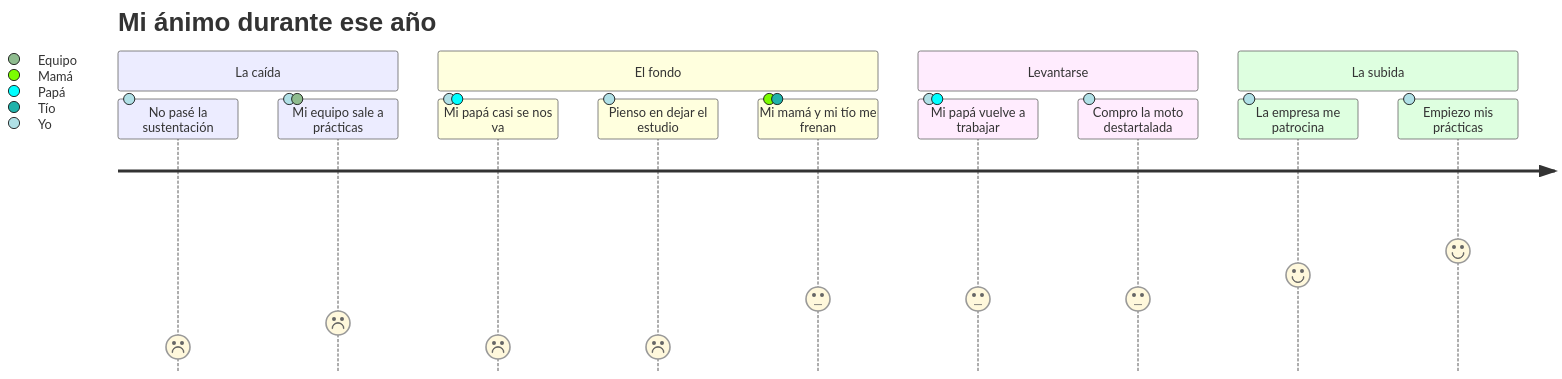
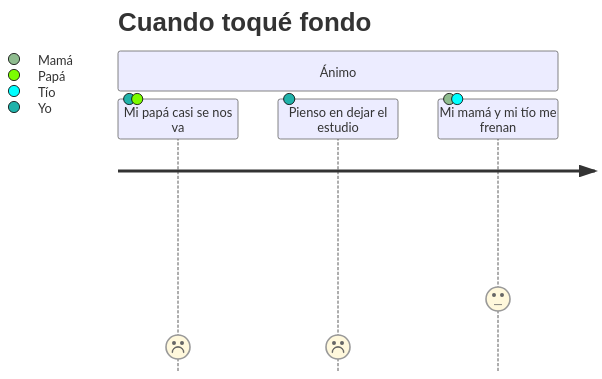
Before and after one commit to lozano2303/lozano2303: the third of 5 diagrams in README.md, drawn with Mermaid. The commit also changed other lines of this file, not shown here.

Commit message:
docs: split mood chart by phase and stack wide tables

````diff
--- a/README.md
+++ b/README.md
@@ -541,17 +547,8 @@
 ```mermaid
 journey
-    title Mi ánimo durante ese año
-    section La caída
-      No pasé la sustentación: 1: Yo
-      Mi equipo sale a prácticas: 2: Yo, Equipo
-    section El fondo
+    title Cuando toqué fondo
+    section Ánimo
       Mi papá casi se nos va: 1: Yo, Papá
       Pienso en dejar el estudio: 1: Yo
       Mi mamá y mi tío me frenan: 3: Mamá, Tío
-    section Levantarse
-      Mi papá vuelve a trabajar: 3: Yo, Papá
-      Compro la moto destartalada: 3: Yo
-    section La subida
-      La empresa me patrocina: 4: Yo
-      Empiezo mis prácticas: 5: Yo
 ```
````
